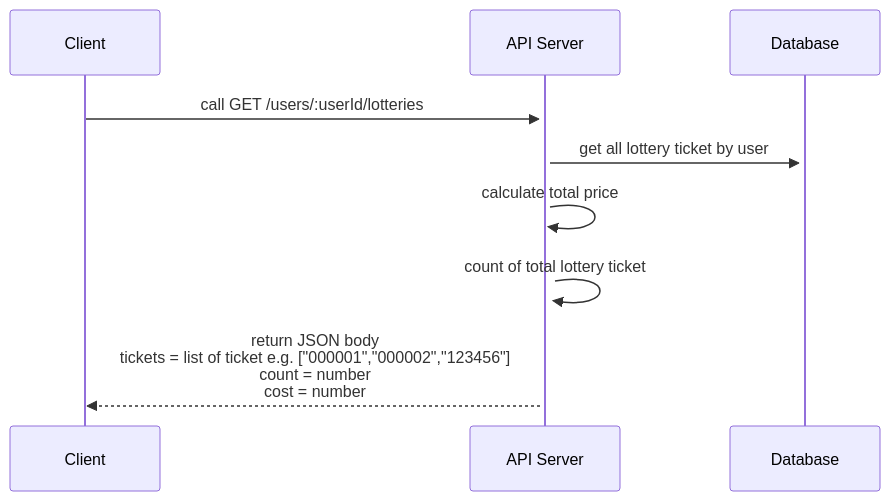
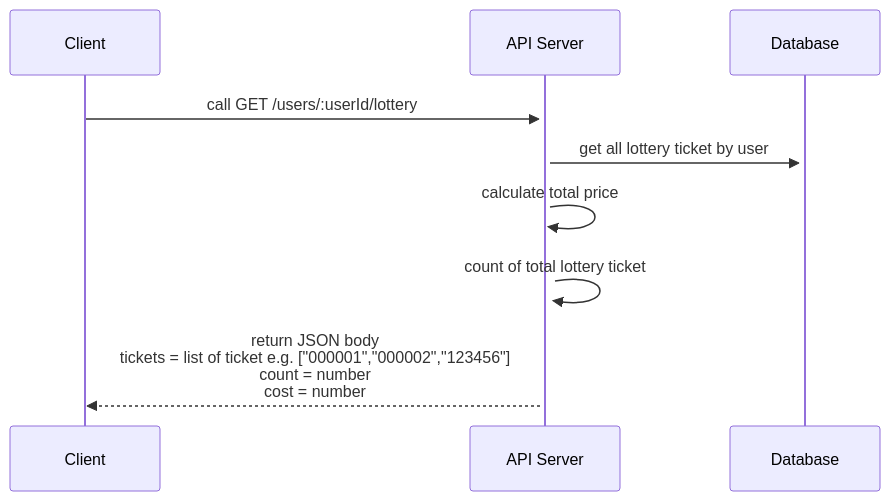
One commit to naruepracht-s/assessment changed the diagram in README.md. Above: the diagram before and after it, drawn with Mermaid. The commit also changed other lines of this file and 23 other files, not shown here.

````diff
--- a/README.md
+++ b/README.md
@@ -76,8 +76,8 @@
 ```mermaid
 sequenceDiagram
-    Client->>+API Server: call GET /users/:userId/lotteries
+    Client->>+API Server: call GET /users/:userId/lottery
     API Server->>+Database: get all lottery ticket by user
     API Server->>+API Server: calculate total price
     API Server->>+API Server: count of total lottery ticket
     API Server-->>Client: return JSON body <br/> tickets = list of ticket e.g.  ["000001","000002","123456"] <br/> count = number <br/> cost = number
 ```
````
